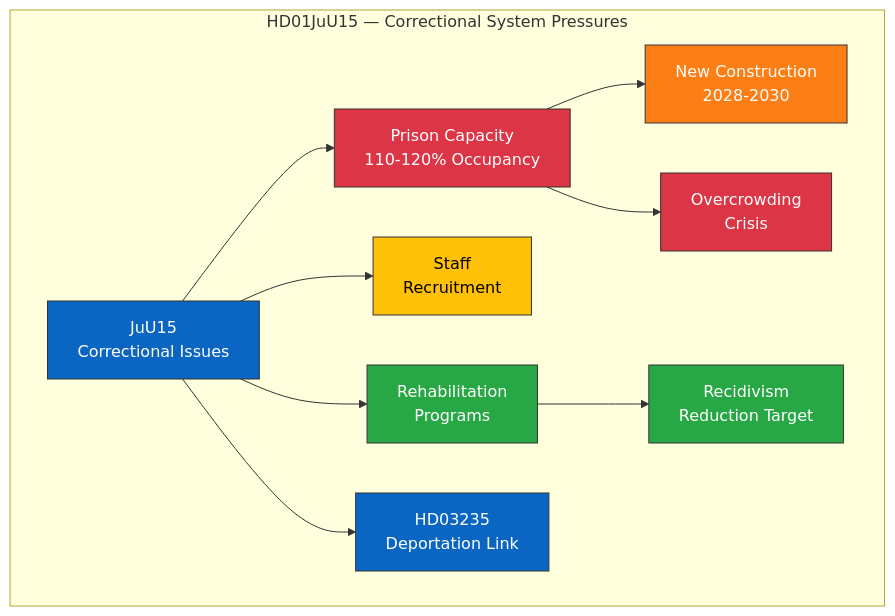
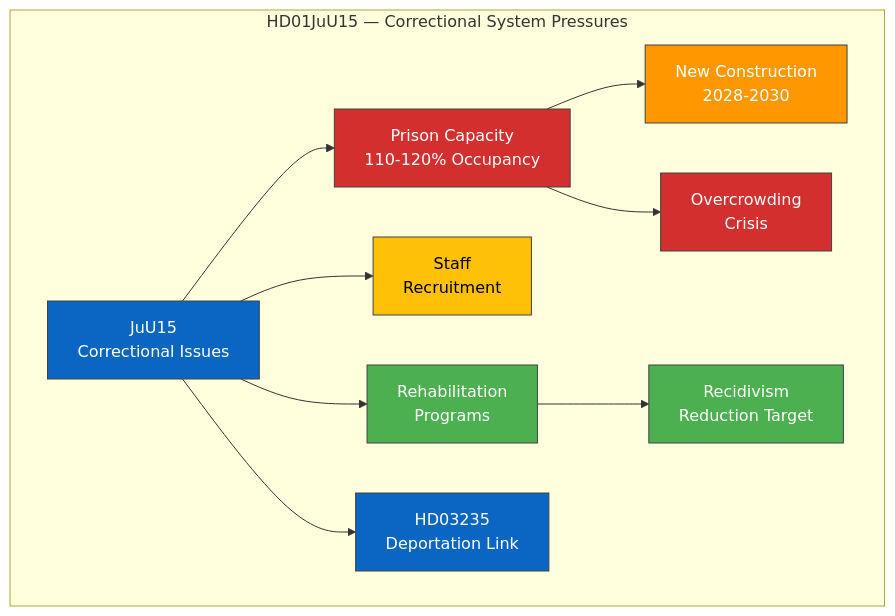
Before and after one commit to Hack23/riksdagsmonitor: the diagram in analysis/daily/2026-04-04/realtime-1212/documents/HD01JuU15-analysis.md, drawn with Mermaid. The commit also changed 785 other files, not shown here.

First line of the commit message:
Normalize mermaid colors across 786 analysis artifacts to ISMS Style Guide palette

````diff
--- a/analysis/daily/2026-04-04/realtime-1212/documents/HD01JuU15-analysis.md
+++ b/analysis/daily/2026-04-04/realtime-1212/documents/HD01JuU15-analysis.md
@@ -58,20 +58,20 @@
 ```mermaid
 graph TD
     subgraph "HD01JuU15 — Correctional System Pressures"
         A["JuU15<br/>Correctional Issues"] --> B["Prison Capacity<br/>110-120% Occupancy"]
         A --> C["Staff<br/>Recruitment"]
         A --> D["Rehabilitation<br/>Programs"]
         B --> E["New Construction<br/>2028-2030"]
         B --> F["Overcrowding<br/>Crisis"]
         D --> G["Recidivism<br/>Reduction Target"]
         A --> H["HD03235<br/>Deportation Link"]
     end
-    style A fill:#0A66C2,stroke:#333,color:#fff
-    style B fill:#dc3545,stroke:#333,color:#fff
-    style C fill:#ffc107,stroke:#333,color:#000
-    style D fill:#28a745,stroke:#333,color:#fff
-    style E fill:#fd7e14,stroke:#333,color:#fff
-    style F fill:#dc3545,stroke:#333,color:#fff
-    style G fill:#28a745,stroke:#333,color:#fff
-    style H fill:#0A66C2,stroke:#333,color:#fff
+    style A fill:#0A66C2,stroke:#424242,color:#FFFFFF
+    style B fill:#D32F2F,stroke:#424242,color:#FFFFFF
+    style C fill:#FFC107,stroke:#424242,color:#000000
+    style D fill:#4CAF50,stroke:#424242,color:#FFFFFF
+    style E fill:#FF9800,stroke:#424242,color:#FFFFFF
+    style F fill:#D32F2F,stroke:#424242,color:#FFFFFF
+    style G fill:#4CAF50,stroke:#424242,color:#FFFFFF
+    style H fill:#0A66C2,stroke:#424242,color:#FFFFFF
 ```
````
